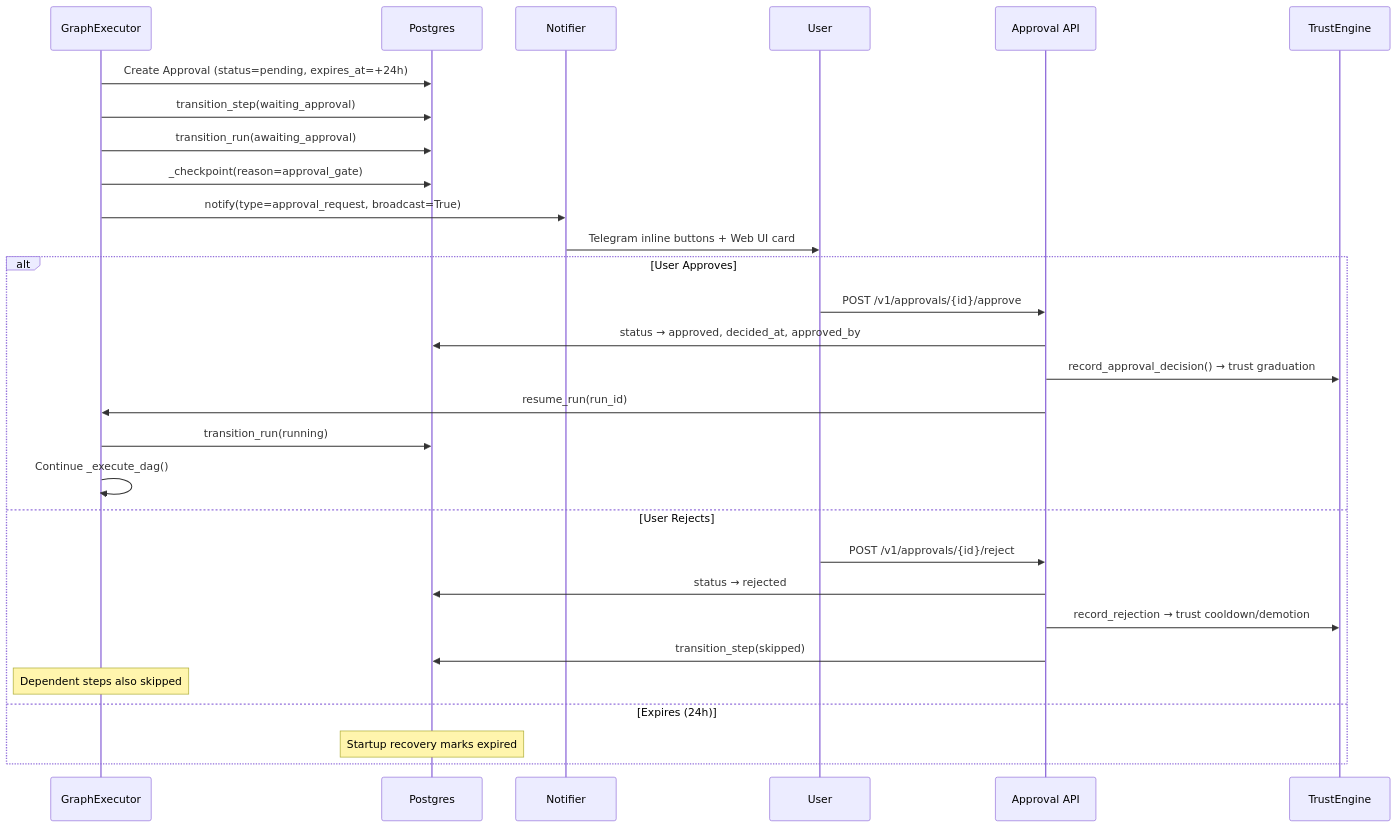
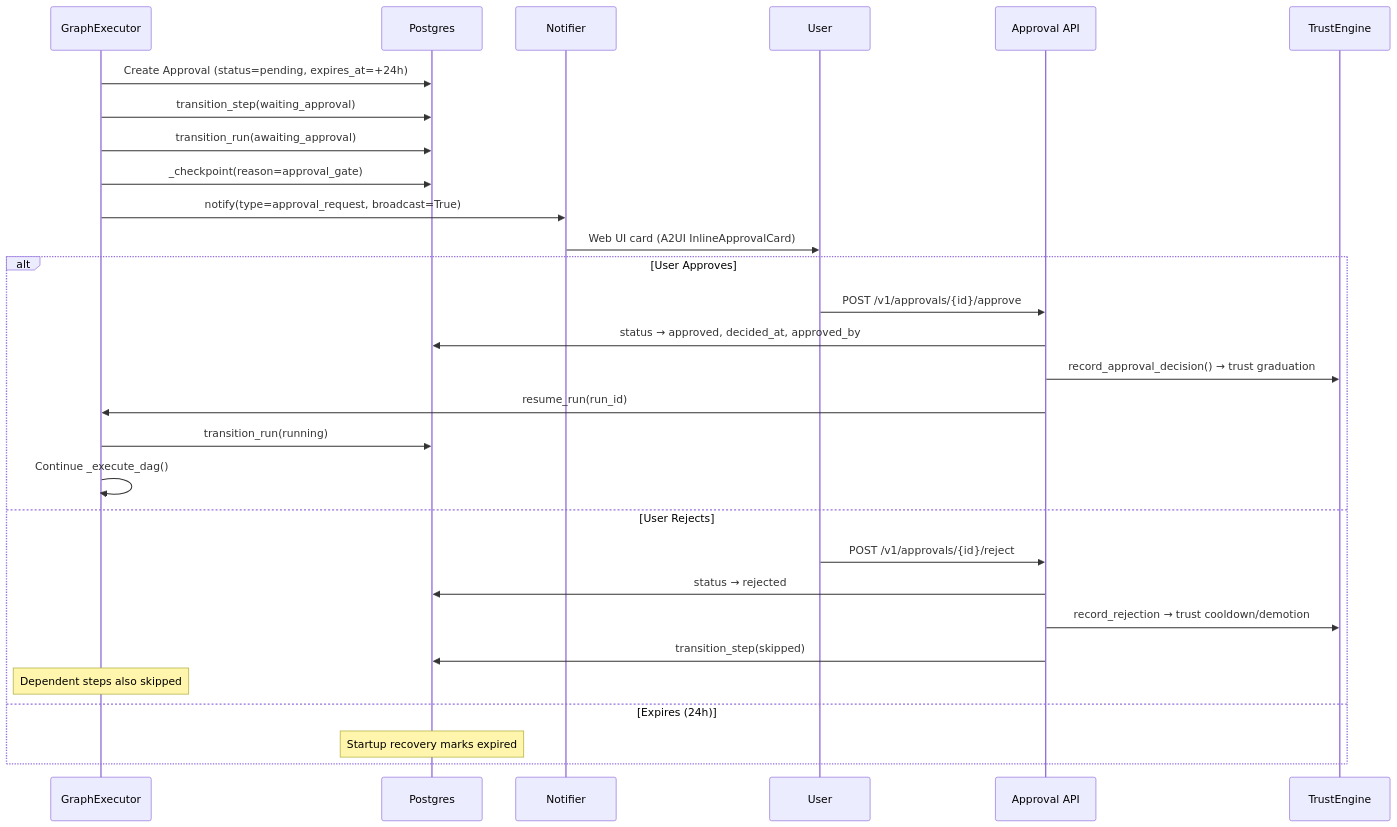
Before and after one commit to shivadharmi/muldro: diagram 12 of 17 in docs/architecture/plan-execution-deep-dive.md, drawn with Mermaid. The commit also changed other lines of this file and 13 other files, not shown here.

````diff
--- a/docs/architecture/plan-execution-deep-dive.md
+++ b/docs/architecture/plan-execution-deep-dive.md
@@ -673,33 +673,33 @@
 ```mermaid
 sequenceDiagram
     participant GE as GraphExecutor
     participant DB as Postgres
     participant NT as Notifier
     participant User
     participant API as Approval API
     participant TE as TrustEngine
 
     GE->>DB: Create Approval (status=pending, expires_at=+24h)
     GE->>DB: transition_step(waiting_approval)
     GE->>DB: transition_run(awaiting_approval)
     GE->>DB: _checkpoint(reason=approval_gate)
     GE->>NT: notify(type=approval_request, broadcast=True)
-    NT->>User: Telegram inline buttons + Web UI card
+    NT->>User: Web UI card (A2UI InlineApprovalCard)
 
     alt User Approves
         User->>API: POST /v1/approvals/{id}/approve
         API->>DB: status → approved, decided_at, approved_by
         API->>TE: record_approval_decision() → trust graduation
         API->>GE: resume_run(run_id)
         GE->>DB: transition_run(running)
         GE->>GE: Continue _execute_dag()
     else User Rejects
         User->>API: POST /v1/approvals/{id}/reject
         API->>DB: status → rejected
         API->>TE: record_rejection → trust cooldown/demotion
         API->>DB: transition_step(skipped)
         Note over GE: Dependent steps also skipped
     else Expires (24h)
         Note over DB: Startup recovery marks expired
     end
 ```
````
